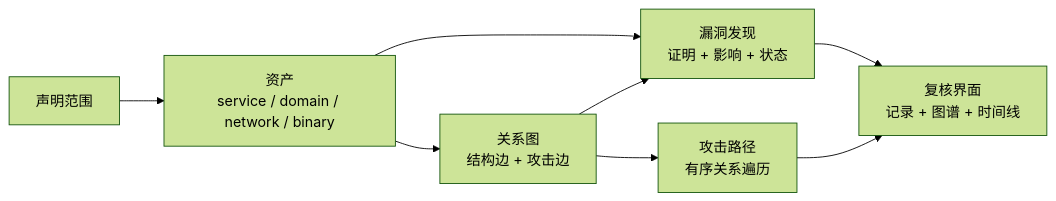
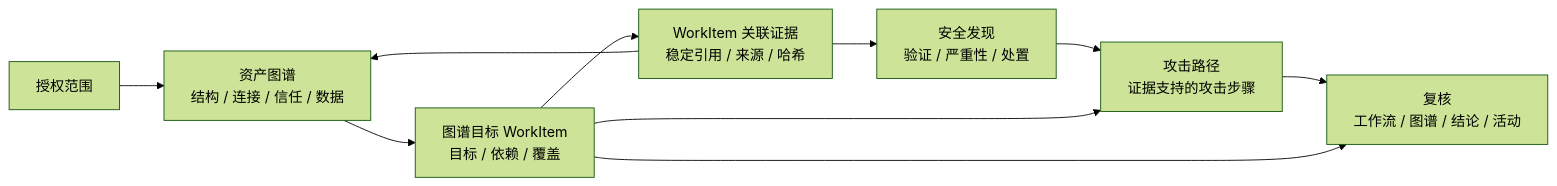
The third of 4 diagrams in README_zh.md (MolTau9527/Z3r0), drawn with Mermaid (forest theme) before and after one commit. The commit also changed other lines of this file and 113 other files, not shown here.

Commit message:
feat: Add graph-driven WorkProject orchestration and evidence-backed red team workflows

````diff
--- a/README_zh.md
+++ b/README_zh.md
@@ -146,17 +152,16 @@
 ```mermaid
 flowchart LR
-  Scope["声明范围"]
-  Assets["资产<br/>service / domain / network / binary"]
-  Edges["关系图<br/>结构边 + 攻击边"]
-  Findings["漏洞发现<br/>证明 + 影响 + 状态"]
-  Paths["攻击路径<br/>有序关系遍历"]
-  Review["复核界面<br/>记录 + 图谱 + 时间线"]
+  Scope["授权范围"]
+  GraphData["资产图谱<br/>结构 / 连接 / 信任 / 数据"]
+  Work["图谱目标 WorkItem<br/>目标 / 依赖 / 覆盖"]
+  Evidence["WorkItem 关联证据<br/>稳定引用 / 来源 / 哈希"]
+  Findings["安全发现<br/>验证 / 严重性 / 处置"]
+  Paths["攻击路径<br/>证据支持的攻击步骤"]
+  Review["复核<br/>工作流 / 图谱 / 结论 / 活动"]
 
-  Scope --> Assets
-  Assets --> Edges
-  Assets --> Findings
-  Edges --> Findings
-  Edges --> Paths
-  Findings --> Review
-  Paths --> Review
+  Scope --> GraphData --> Work --> Evidence
+  Evidence --> GraphData
+  Evidence --> Findings --> Paths --> Review
+  Work --> Paths
+  Work --> Review
 ```
````
